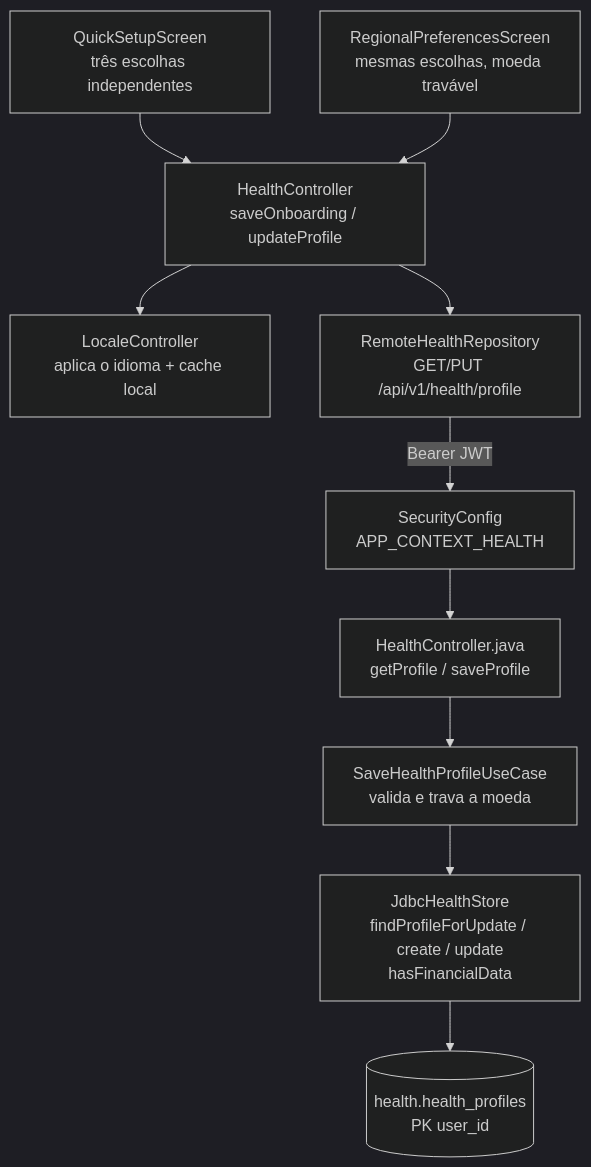
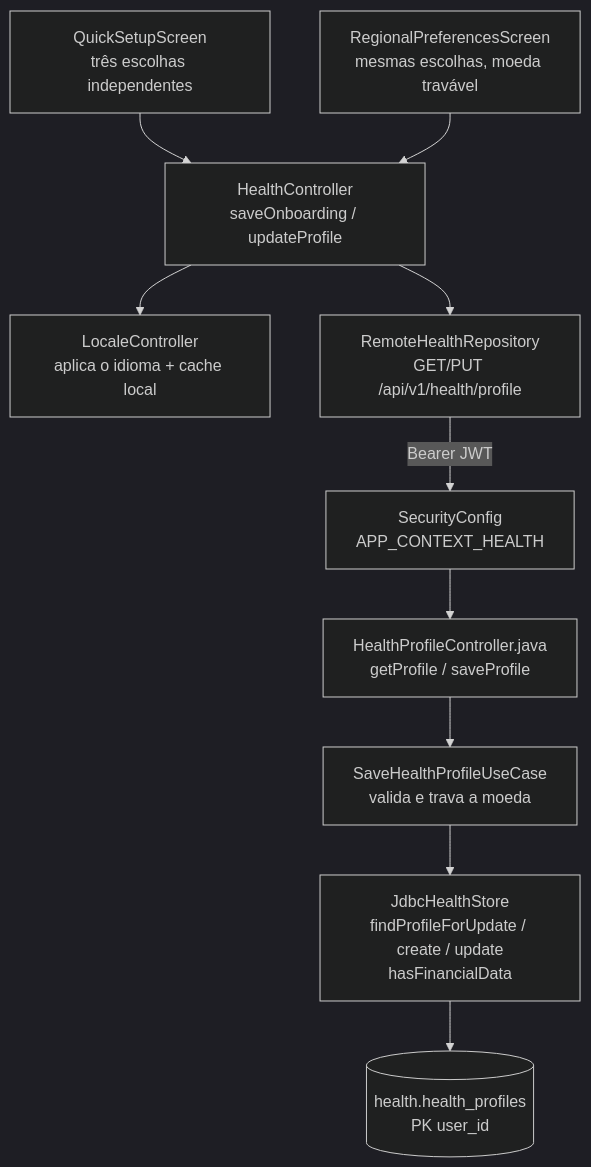
The diagram in docs/ARCHITECTURE/fatias/26-health-perfil-moeda.md (AfonsoFernando051/Petrimonium-Backend), drawn with Mermaid (dark theme) before and after one commit. The commit also changed other lines of this file and 1 other file, not shown here.

Commit message:
docs: name the six Health controllers in the Atlas
The route table pointed at `HealthController`, which no longer exists — it is
six resource controllers now. Slice 26 names `HealthProfileController` for
the profile rules it quotes.

The overview's Health paragraph also said the app has "one state controller";
it has three since routing and the Mentor moved out of `HealthController`.

````diff
--- a/docs/ARCHITECTURE/fatias/26-health-perfil-moeda.md
+++ b/docs/ARCHITECTURE/fatias/26-health-perfil-moeda.md
@@ -58,24 +58,24 @@
 ```mermaid
 graph TB
     QS["QuickSetupScreen<br/>três escolhas independentes"]
     RP["RegionalPreferencesScreen<br/>mesmas escolhas, moeda travável"]
     HC["HealthController<br/>saveOnboarding / updateProfile"]
     LC["LocaleController<br/>aplica o idioma + cache local"]
     RHR["RemoteHealthRepository<br/>GET/PUT /api/v1/health/profile"]
 
     SEC["SecurityConfig<br/>APP_CONTEXT_HEALTH"]
-    HCTL["HealthController.java<br/>getProfile / saveProfile"]
+    HCTL["HealthProfileController.java<br/>getProfile / saveProfile"]
     HS["SaveHealthProfileUseCase<br/>valida e trava a moeda"]
     ST["JdbcHealthStore<br/>findProfileForUpdate / create / update<br/>hasFinancialData"]
     DB[("health.health_profiles<br/>PK user_id")]
 
     QS --> HC
     RP --> HC
     HC --> LC
     HC --> RHR
     RHR -->|Bearer JWT| SEC
     SEC --> HCTL
     HCTL --> HS
     HS --> ST
     ST --> DB
 ```
````
